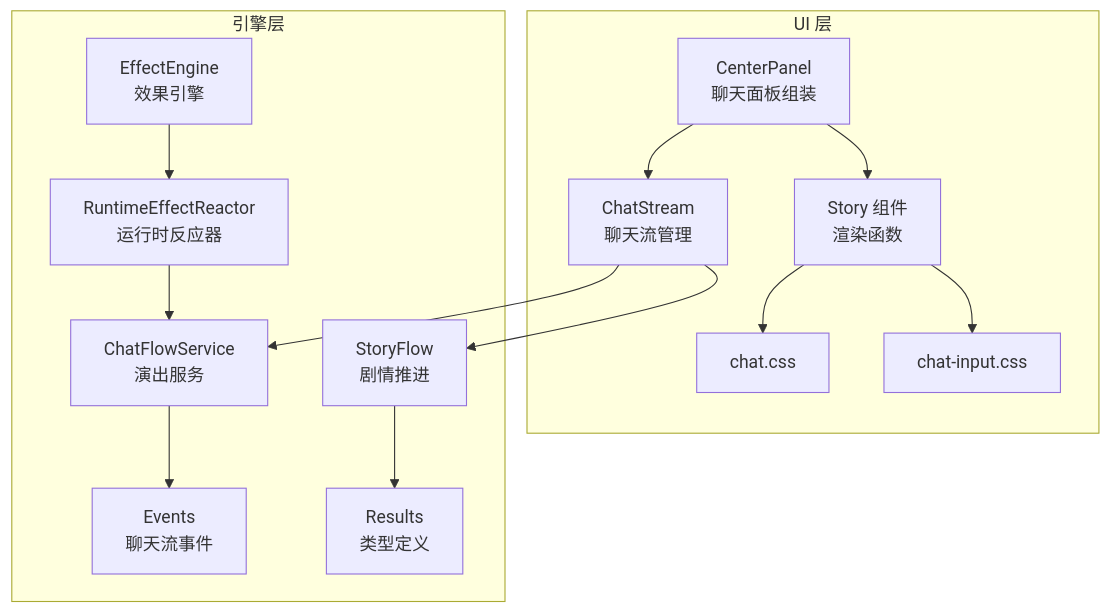
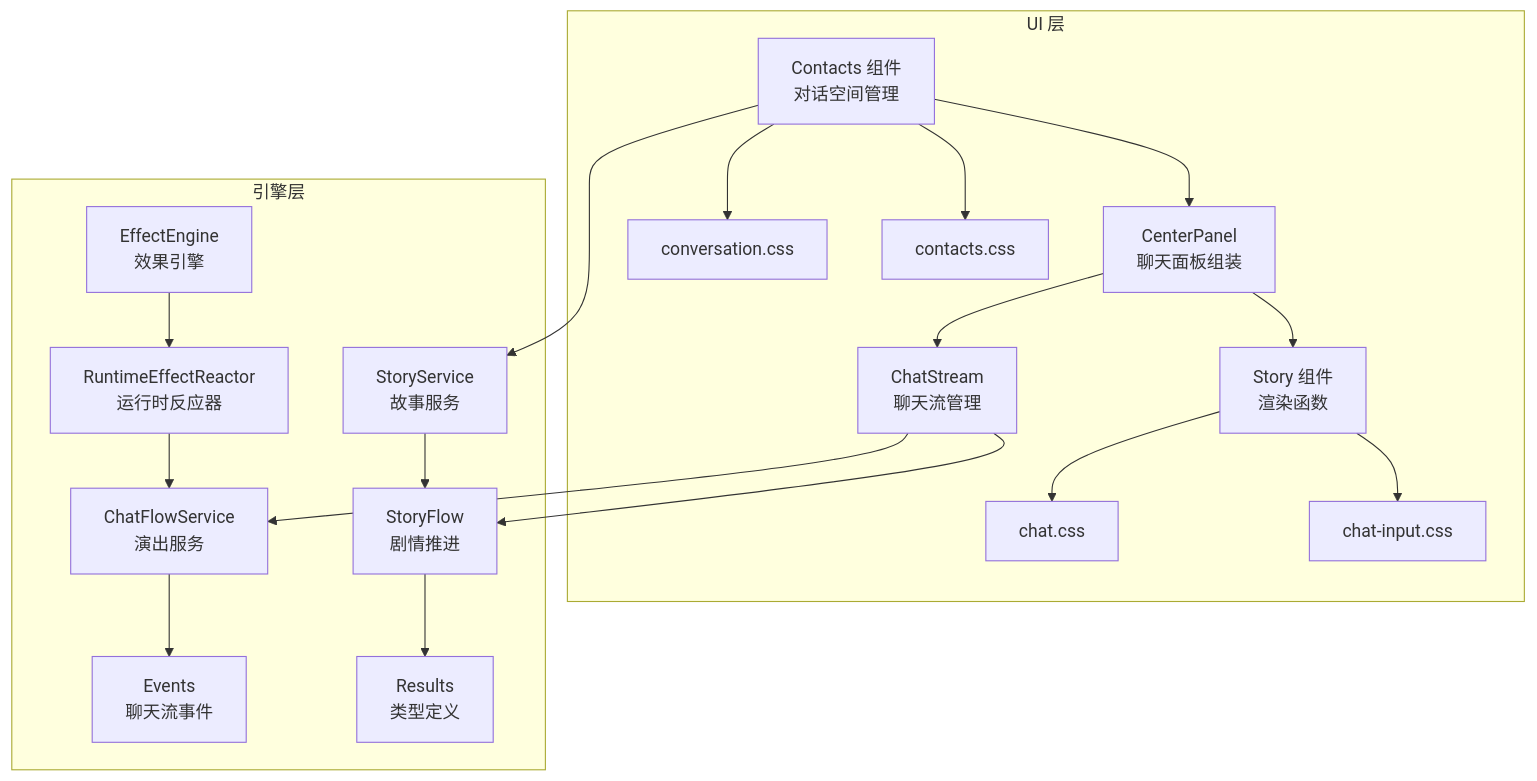
Before and after one commit to EsiLA9/Arona-Clicker: the first of 7 diagrams in .qoder/repowiki/zh/content/用户界面/聊天界面.md, drawn with Mermaid. The commit also changed other lines of this file and 79 other files, not shown here.

````diff
--- a/.qoder/repowiki/zh/content/用户界面/聊天界面.md
+++ b/.qoder/repowiki/zh/content/用户界面/聊天界面.md
@@ -55,28 +74,37 @@
 ```mermaid
 graph TB
 subgraph "UI 层"
 CS["ChatStream<br/>聊天流管理"]
 ST["Story 组件<br/>渲染函数"]
 CP["CenterPanel<br/>聊天面板组装"]
+CT["Contacts 组件<br/>对话空间管理"]
 CSS1["chat.css"]
 CSS2["chat-input.css"]
+CSS3["conversation.css"]
+CSS4["contacts.css"]
 end
 subgraph "引擎层"
 CFS["ChatFlowService<br/>演出服务"]
 SF["StoryFlow<br/>剧情推进"]
+SS["StoryService<br/>故事服务"]
 RE["RuntimeEffectReactor<br/>运行时反应器"]
 EE["EffectEngine<br/>效果引擎"]
 EVT["Events<br/>聊天流事件"]
 RT["Results<br/>类型定义"]
 end
 CP --> CS
 CP --> ST
+CT --> CP
+CT --> SS
 CS --> SF
 CS --> CFS
+SS --> SF
 CFS --> EVT
 EE --> RE
 RE --> CFS
 SF --> RT
 ST --> CSS1
 ST --> CSS2
+CT --> CSS3
+CT --> CSS4
 ```
````
